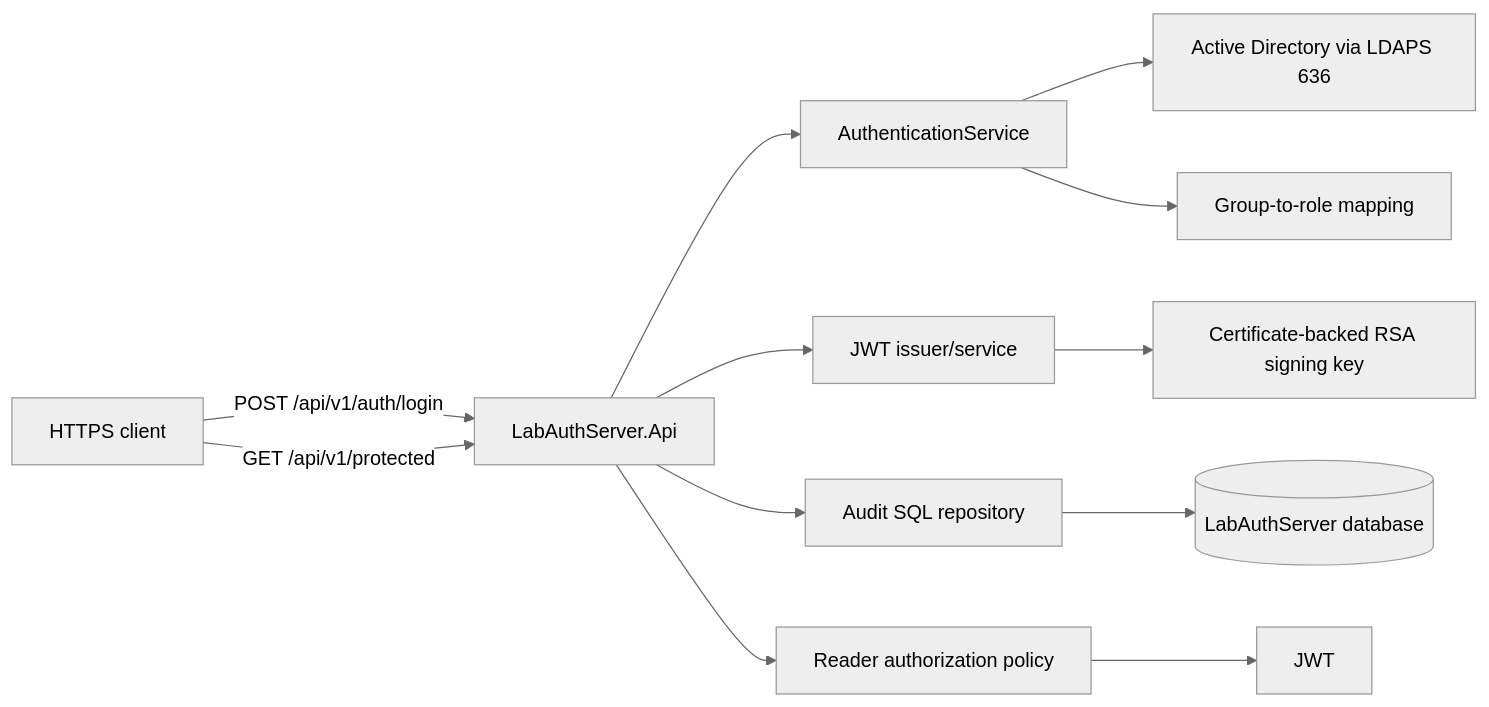
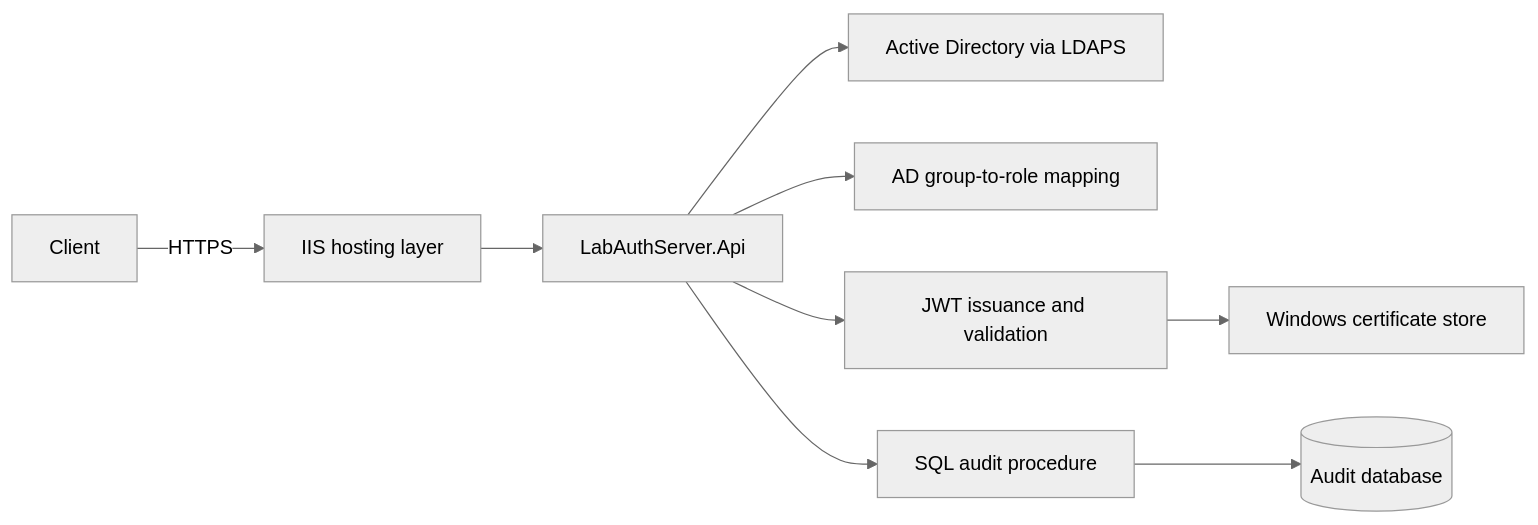
One commit to chriltolakhmer-glitch/LabAuthServer changed the diagram in docs/Architecture.md. Above: the diagram before and after it, drawn with Mermaid (neutral theme). The commit also changed other lines of this file and 38 other files, not shown here.

````diff
--- a/docs/Architecture.md
+++ b/docs/Architecture.md
@@ -16,14 +5,11 @@
 ```mermaid
 flowchart LR
-    Client[HTTPS client] -->|POST /api/v1/auth/login| API[LabAuthServer.Api]
-    API --> Auth[AuthenticationService]
-    Auth --> AD[Active Directory via LDAPS 636]
-    Auth --> Map[Group-to-role mapping]
-    API --> Token[JWT issuer/service]
-    Token --> Cert[Certificate-backed RSA signing key]
-    API --> Audit[Audit SQL repository]
-    Audit --> SQL[(LabAuthServer database)]
-    Client -->|GET /api/v1/protected| API
-    API --> Policy[Reader authorization policy]
-    Policy --> JWT
+    C[Client] -->|HTTPS| I[IIS hosting layer]
+    I --> A[LabAuthServer.Api]
+    A --> AD[Active Directory via LDAPS]
+    A --> M[AD group-to-role mapping]
+    A --> J[JWT issuance and validation]
+    J --> K[Windows certificate store]
+    A --> S[SQL audit procedure]
+    S --> D[(Audit database)]
 ```
````
